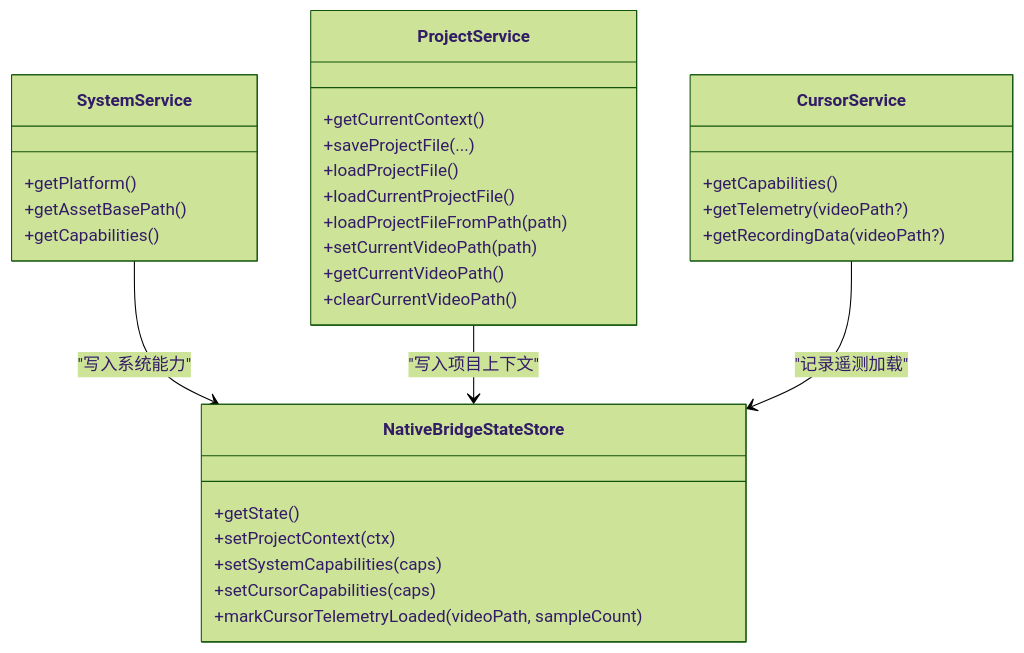
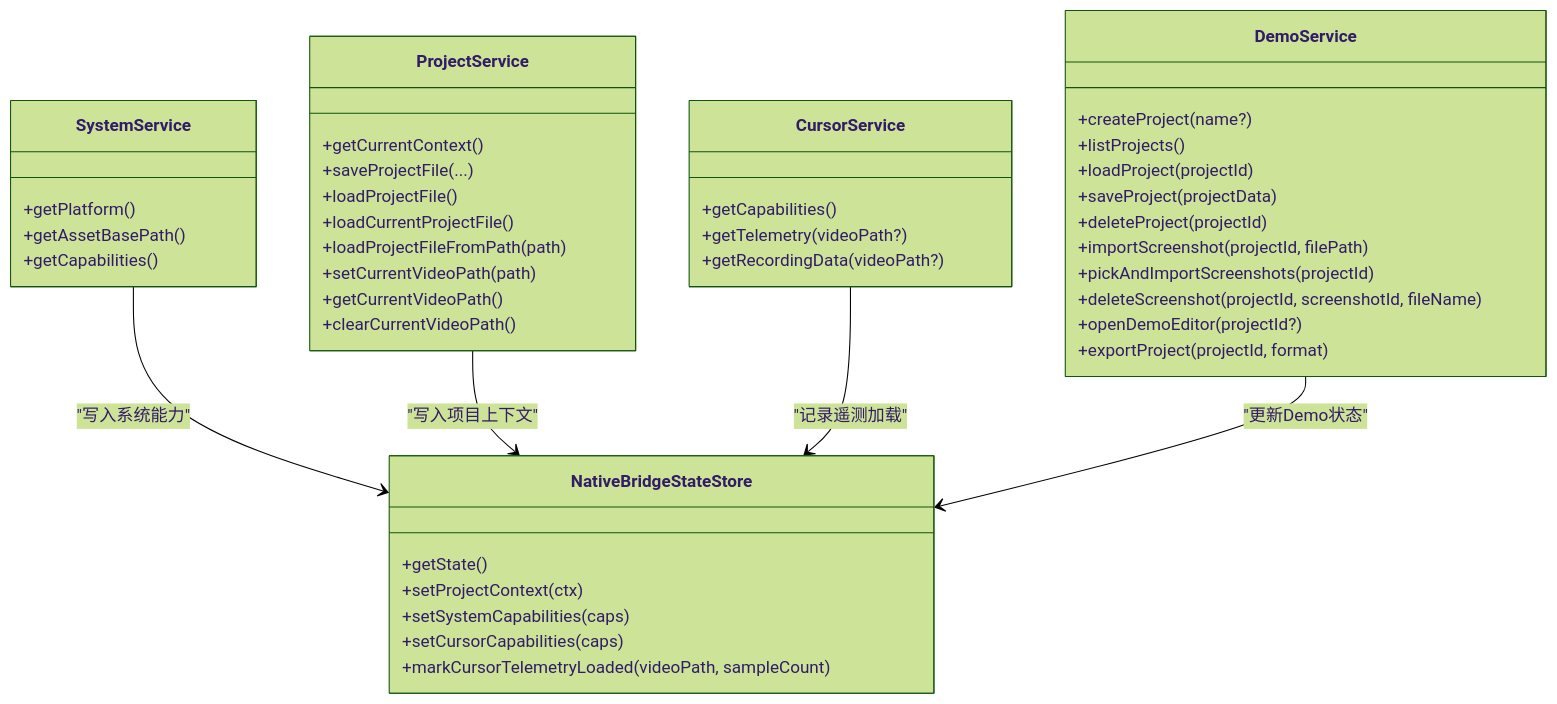
The third of 9 diagrams in .qoder/repowiki/zh/content/原生桥接系统/原生桥接系统.md (zhanggmin/openscreen), drawn with Mermaid (forest theme) before and after one commit. The commit also changed other lines of this file and 87 other files, not shown here.

````diff
--- a/.qoder/repowiki/zh/content/原生桥接系统/原生桥接系统.md
+++ b/.qoder/repowiki/zh/content/原生桥接系统/原生桥接系统.md
@@ -132,33 +153,46 @@
 ```mermaid
 classDiagram
 class NativeBridgeStateStore {
 +getState()
 +setProjectContext(ctx)
 +setSystemCapabilities(caps)
 +setCursorCapabilities(caps)
 +markCursorTelemetryLoaded(videoPath, sampleCount)
 }
 class SystemService {
 +getPlatform()
 +getAssetBasePath()
 +getCapabilities()
 }
 class ProjectService {
 +getCurrentContext()
 +saveProjectFile(...)
 +loadProjectFile()
 +loadCurrentProjectFile()
 +loadProjectFileFromPath(path)
 +setCurrentVideoPath(path)
 +getCurrentVideoPath()
 +clearCurrentVideoPath()
 }
 class CursorService {
 +getCapabilities()
 +getTelemetry(videoPath?)
 +getRecordingData(videoPath?)
 }
+class DemoService {
++createProject(name?)
++listProjects()
++loadProject(projectId)
++saveProject(projectData)
++deleteProject(projectId)
++importScreenshot(projectId, filePath)
++pickAndImportScreenshots(projectId)
++deleteScreenshot(projectId, screenshotId, fileName)
++openDemoEditor(projectId?)
++exportProject(projectId, format)
+}
 SystemService --> NativeBridgeStateStore : "写入系统能力"
 ProjectService --> NativeBridgeStateStore : "写入项目上下文"
 CursorService --> NativeBridgeStateStore : "记录遥测加载"
+DemoService --> NativeBridgeStateStore : "更新Demo状态"
 ```
````
